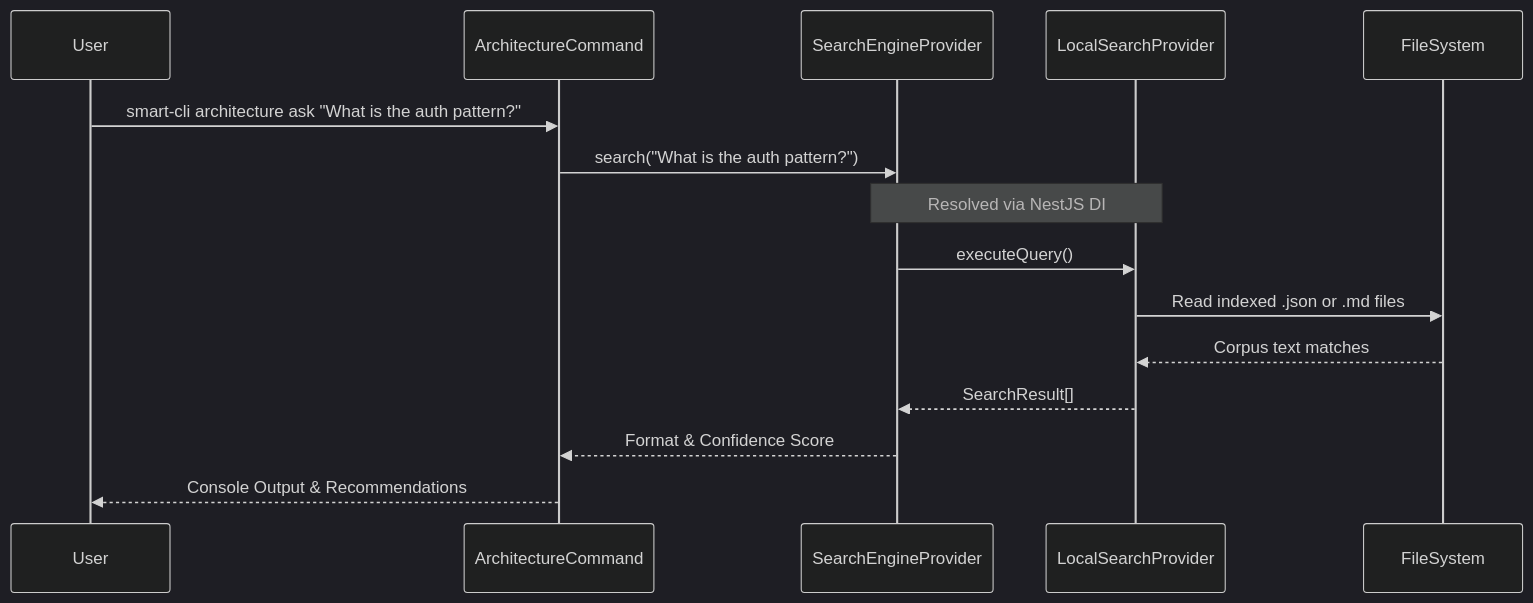
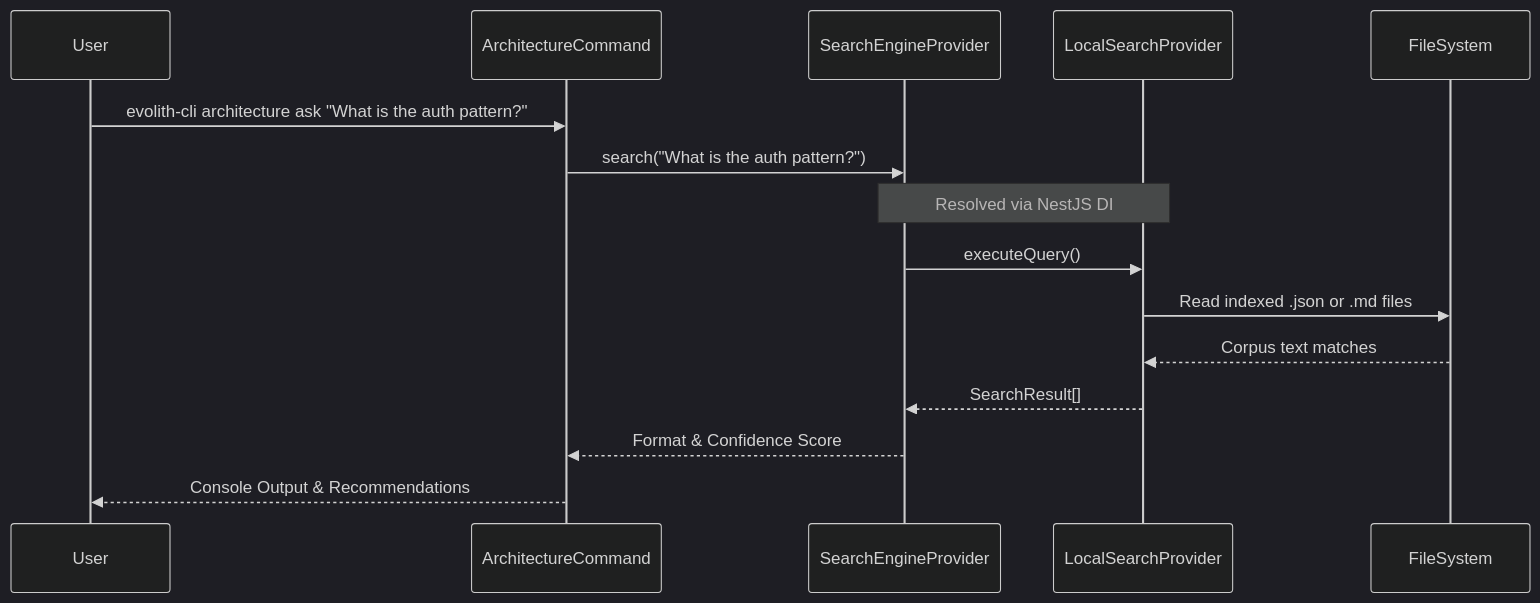
One commit to beyondnetcode/evolith_arch32 changed the second of 3 diagrams in reference/core/architecture/foundations/technical-design.md. Above: the diagram before and after it, drawn with Mermaid (dark theme). The commit also changed other lines of this file and 195 other files, not shown here.

First line of the commit message:
refactor(brand): align "Smart CLI" → "Evolith CLI" across docs, code, npm, and assemblies

````diff
--- a/reference/core/architecture/foundations/technical-design.md
+++ b/reference/core/architecture/foundations/technical-design.md
@@ -31,18 +31,18 @@
 ```mermaid
 sequenceDiagram
     participant User
     participant ArchitectureCommand
     participant SearchEngineProvider
     participant LocalSearchProvider
     participant FileSystem
 
-    User->>ArchitectureCommand: smart-cli architecture ask "What is the auth pattern?"
+    User->>ArchitectureCommand: evolith-cli architecture ask "What is the auth pattern?"
     ArchitectureCommand->>SearchEngineProvider: search("What is the auth pattern?")
     Note over SearchEngineProvider,LocalSearchProvider: Resolved via NestJS DI
     SearchEngineProvider->>LocalSearchProvider: executeQuery()
     LocalSearchProvider->>FileSystem: Read indexed .json or .md files
     FileSystem-->>LocalSearchProvider: Corpus text matches
     LocalSearchProvider-->>SearchEngineProvider: SearchResult[]
     SearchEngineProvider-->>ArchitectureCommand: Format & Confidence Score
     ArchitectureCommand-->>User: Console Output & Recommendations
 ```
````
